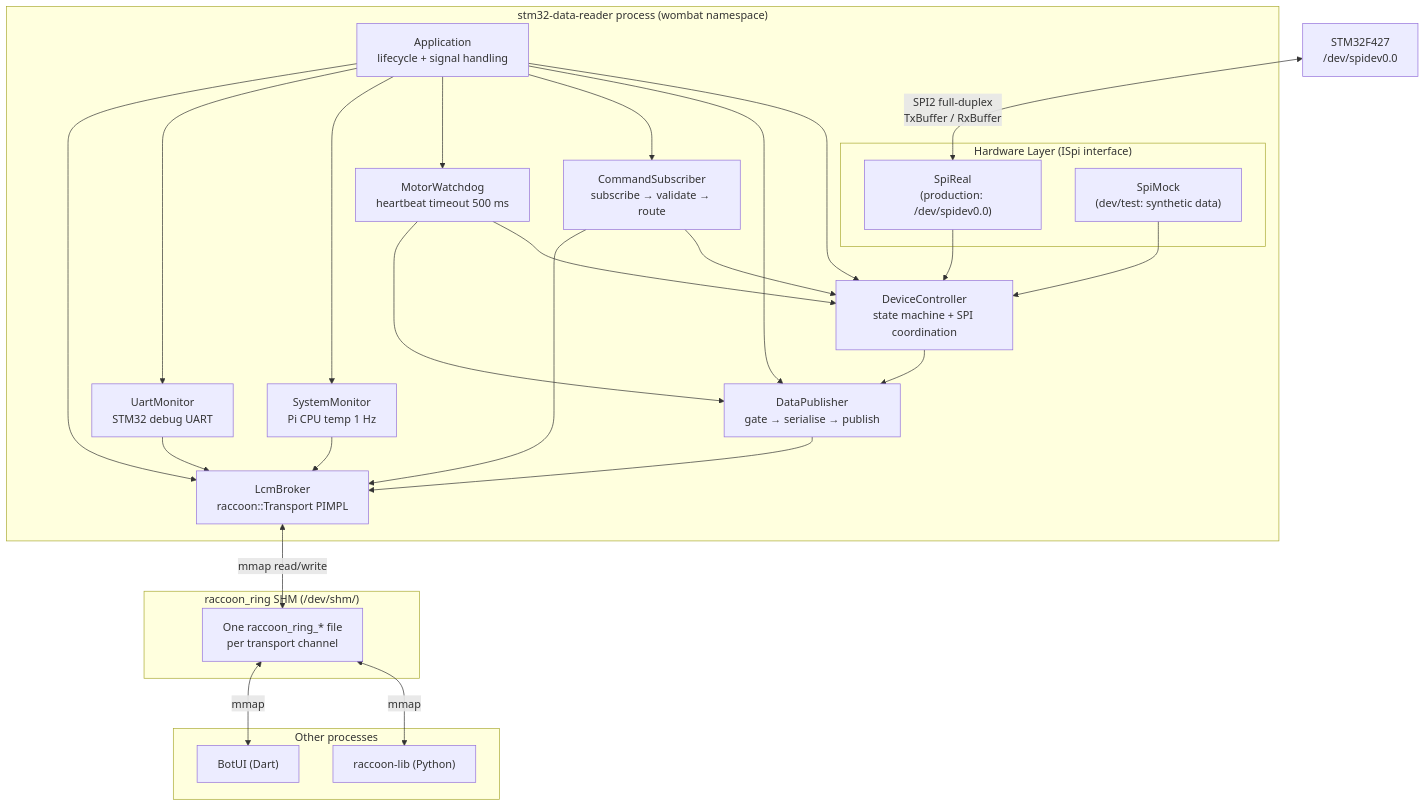
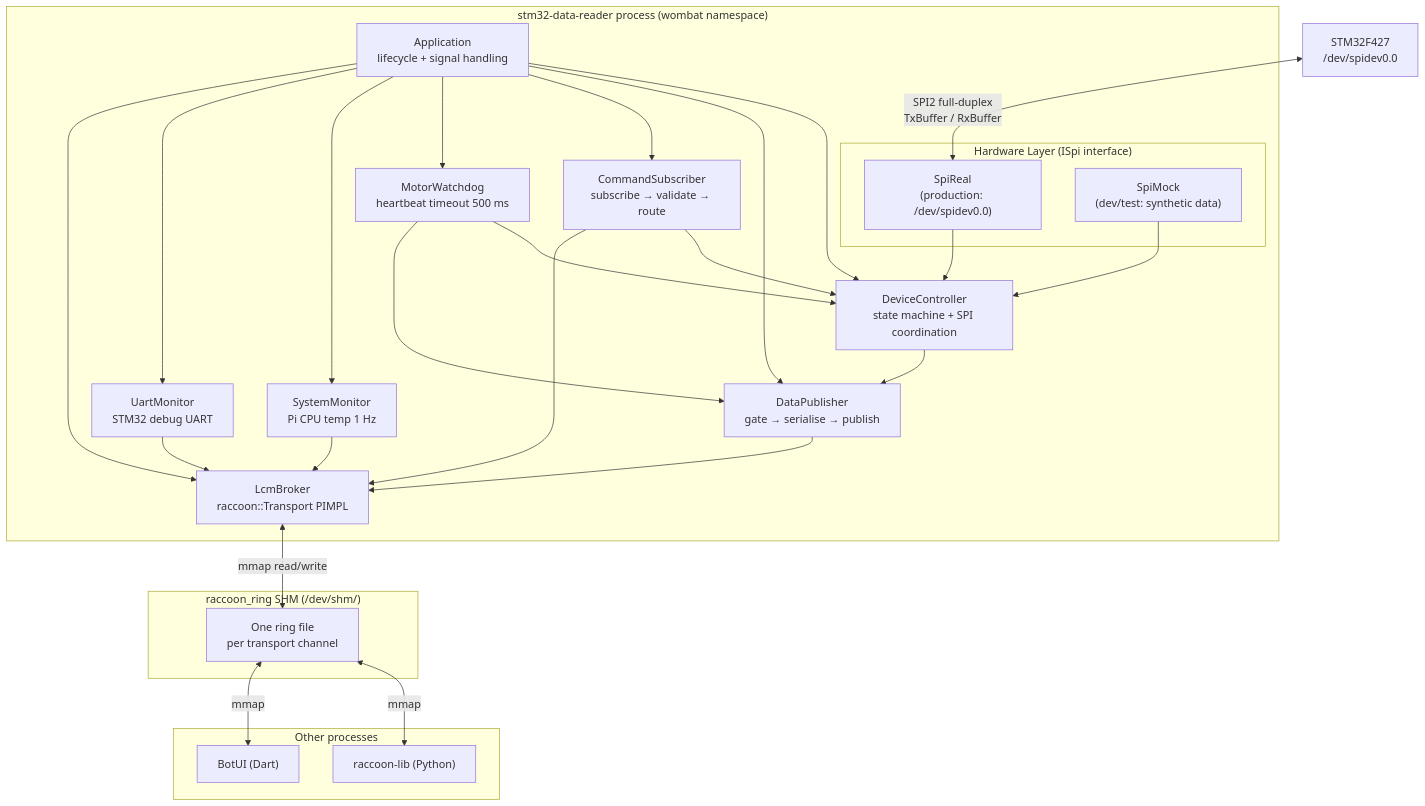
One commit to htl-stp-ecer/documentation changed the first of 2 diagrams in content/06-advanced/04-firmware/pi-bridge-internals.md. Above: the diagram before and after it, drawn with Mermaid. The commit also changed other lines of this file and 18 other files, not shown here.

First line of the commit message:
docs: channel table, ring format and channel names of the transport

````diff
--- a/content/06-advanced/04-firmware/pi-bridge-internals.md
+++ b/content/06-advanced/04-firmware/pi-bridge-internals.md
@@ -19,52 +19,52 @@
 ```mermaid
 graph TD
     subgraph Bridge["stm32-data-reader process (wombat namespace)"]
         APP["Application\nlifecycle + signal handling"]
         LCM_B["LcmBroker\nraccoon::Transport PIMPL"]
 
         subgraph HW["Hardware Layer (ISpi interface)"]
             SpiReal["SpiReal\n(production: /dev/spidev0.0)"]
             SpiMock["SpiMock\n(dev/test: synthetic data)"]
         end
 
         DC["DeviceController\nstate machine + SPI coordination"]
         DP["DataPublisher\ngate → serialise → publish"]
         CS["CommandSubscriber\nsubscribe → validate → route"]
         MW["MotorWatchdog\nheartbeat timeout 500 ms"]
         SM["SystemMonitor\nPi CPU temp 1 Hz"]
         UM["UartMonitor\nSTM32 debug UART"]
     end
 
     subgraph SHM["raccoon_ring SHM (/dev/shm/)"]
-        RING["One raccoon_ring_* file\nper transport channel"]
+        RING["One ring file\nper transport channel"]
     end
 
     subgraph Clients["Other processes"]
         LIB["raccoon-lib (Python)"]
         UI["BotUI (Dart)"]
     end
 
     STM32["STM32F427\n/dev/spidev0.0"]
 
     STM32 <-->|"SPI2 full-duplex\nTxBuffer / RxBuffer"| SpiReal
     SpiReal --> DC
     SpiMock --> DC
     DC --> DP
     DP --> LCM_B
     LCM_B <-->|"mmap read/write"| RING
     CS --> DC
     CS --> LCM_B
     MW --> DC
     MW --> DP
     SM --> LCM_B
     UM --> LCM_B
     APP --> DC
     APP --> DP
     APP --> CS
     APP --> MW
     APP --> SM
     APP --> UM
     APP --> LCM_B
     RING <-->|"mmap"| LIB
     RING <-->|"mmap"| UI
 ```
````
